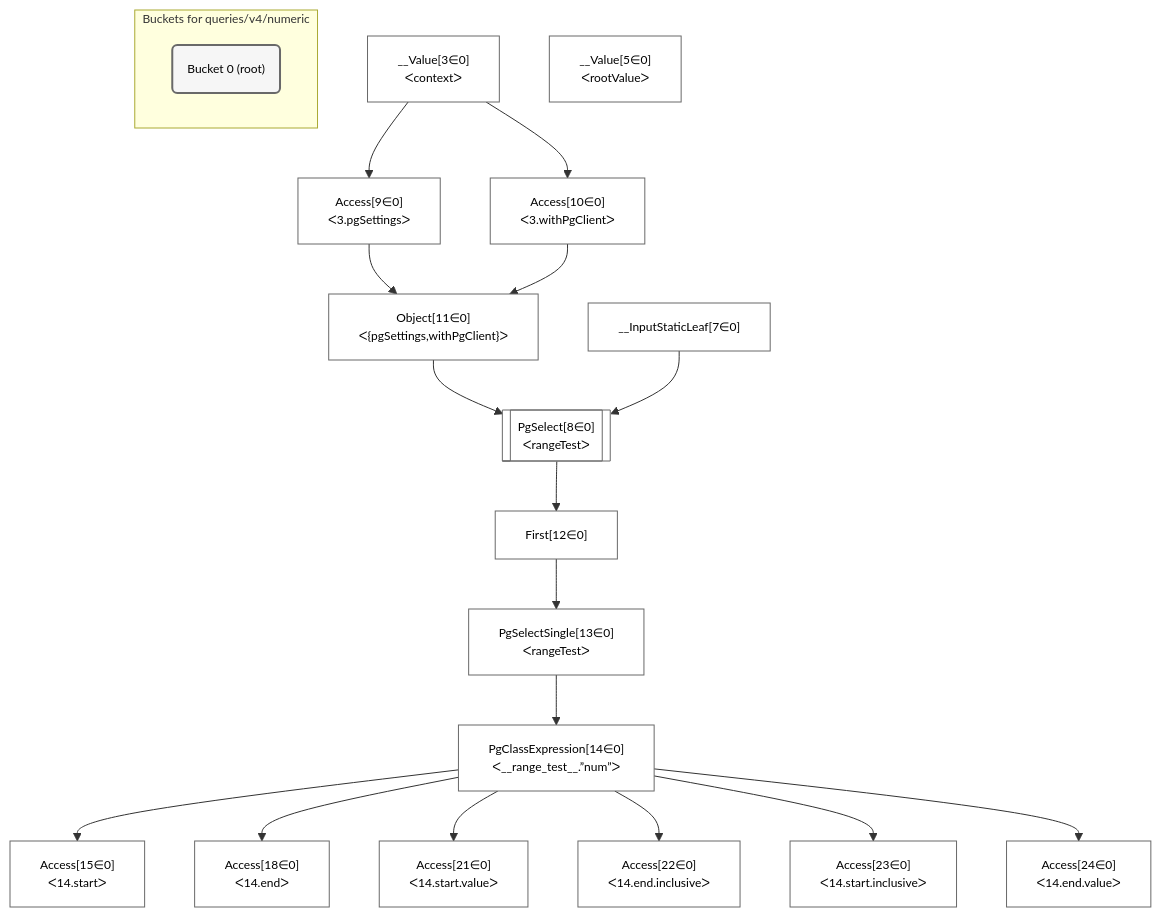
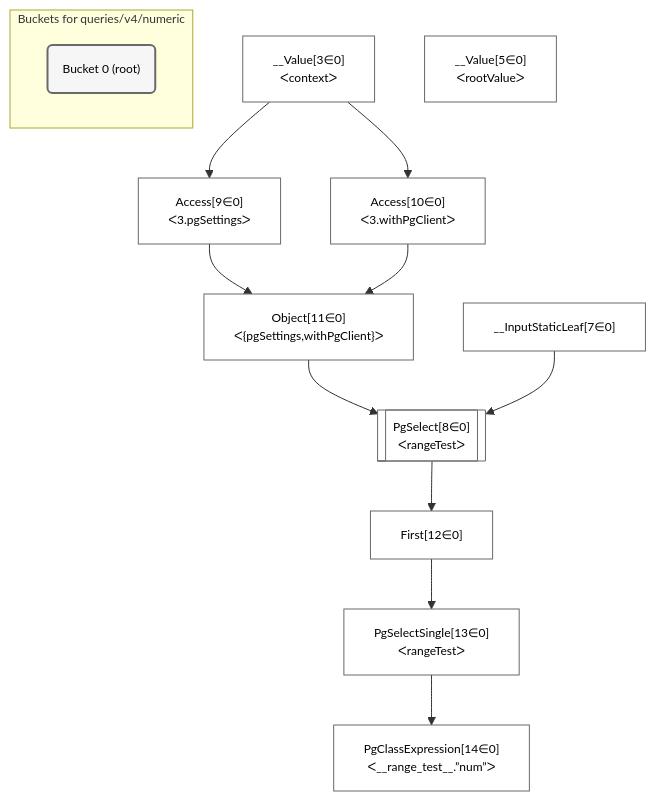
Before and after one commit to graphile/crystal: the diagram in postgraphile/postgraphile/__tests__/queries/v4/numeric.mermaid, drawn with Mermaid. The commit also changed 16 other files, not shown here.

```diff
--- a/postgraphile/postgraphile/__tests__/queries/v4/numeric.mermaid
+++ b/postgraphile/postgraphile/__tests__/queries/v4/numeric.mermaid
@@ -1,47 +1,35 @@
 %%{init: {'themeVariables': { 'fontSize': '12px'}}}%%
 graph TD
     classDef path fill:#eee,stroke:#000,color:#000
     classDef plan fill:#fff,stroke-width:1px,color:#000
     classDef itemplan fill:#fff,stroke-width:2px,color:#000
     classDef sideeffectplan fill:#f00,stroke-width:2px,color:#000
     classDef bucket fill:#f6f6f6,color:#000,stroke-width:2px,text-align:left
 
 
     %% define steps
     __Value3["__Value[3∈0]<br />ᐸcontextᐳ"]:::plan
     __Value5["__Value[5∈0]<br />ᐸrootValueᐳ"]:::plan
     __InputStaticLeaf7["__InputStaticLeaf[7∈0]"]:::plan
     Access9["Access[9∈0]<br />ᐸ3.pgSettingsᐳ"]:::plan
     Access10["Access[10∈0]<br />ᐸ3.withPgClientᐳ"]:::plan
     Object11["Object[11∈0]<br />ᐸ{pgSettings,withPgClient}ᐳ"]:::plan
     PgSelect8[["PgSelect[8∈0]<br />ᐸrangeTestᐳ"]]:::plan
     First12["First[12∈0]"]:::plan
     PgSelectSingle13["PgSelectSingle[13∈0]<br />ᐸrangeTestᐳ"]:::plan
     PgClassExpression14["PgClassExpression[14∈0]<br />ᐸ__range_test__.”num”ᐳ"]:::plan
-    Access15["Access[15∈0]<br />ᐸ14.startᐳ"]:::plan
-    Access18["Access[18∈0]<br />ᐸ14.endᐳ"]:::plan
-    Access21["Access[21∈0]<br />ᐸ14.start.valueᐳ"]:::plan
-    Access22["Access[22∈0]<br />ᐸ14.end.inclusiveᐳ"]:::plan
-    Access23["Access[23∈0]<br />ᐸ14.start.inclusiveᐳ"]:::plan
-    Access24["Access[24∈0]<br />ᐸ14.end.valueᐳ"]:::plan
 
     %% plan dependencies
     __Value3 --> Access9
     __Value3 --> Access10
     Access9 & Access10 --> Object11
     Object11 & __InputStaticLeaf7 --> PgSelect8
     PgSelect8 --> First12
     First12 --> PgSelectSingle13
     PgSelectSingle13 --> PgClassExpression14
-    PgClassExpression14 --> Access15
-    PgClassExpression14 --> Access18
-    PgClassExpression14 --> Access21
-    PgClassExpression14 --> Access22
-    PgClassExpression14 --> Access23
-    PgClassExpression14 --> Access24
 
     subgraph "Buckets for queries/v4/numeric"
     Bucket0("Bucket 0 (root)"):::bucket
     classDef bucket0 stroke:#696969
-    class Bucket0,__Value3,__Value5,__InputStaticLeaf7,PgSelect8,Access9,Access10,Object11,First12,PgSelectSingle13,PgClassExpression14,Access15,Access18,Access21,Access22,Access23,Access24 bucket0
+    class Bucket0,__Value3,__Value5,__InputStaticLeaf7,PgSelect8,Access9,Access10,Object11,First12,PgSelectSingle13,PgClassExpression14 bucket0
     end
```
